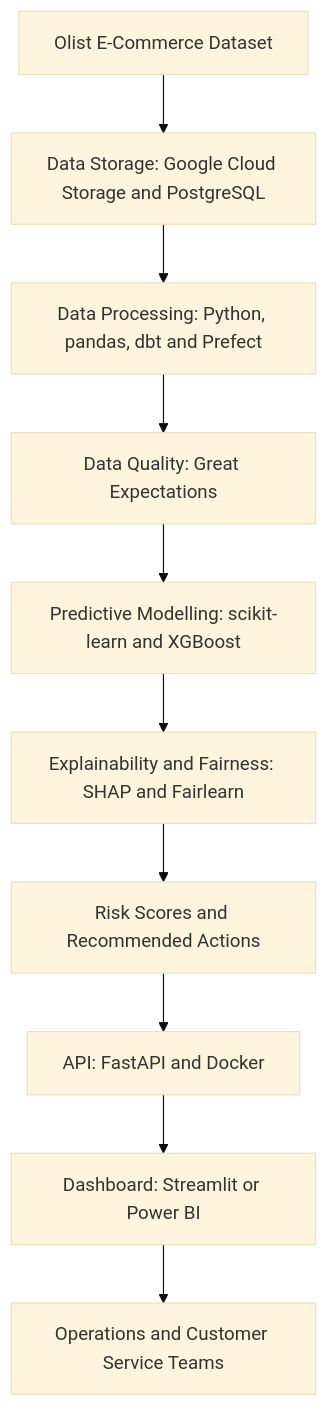
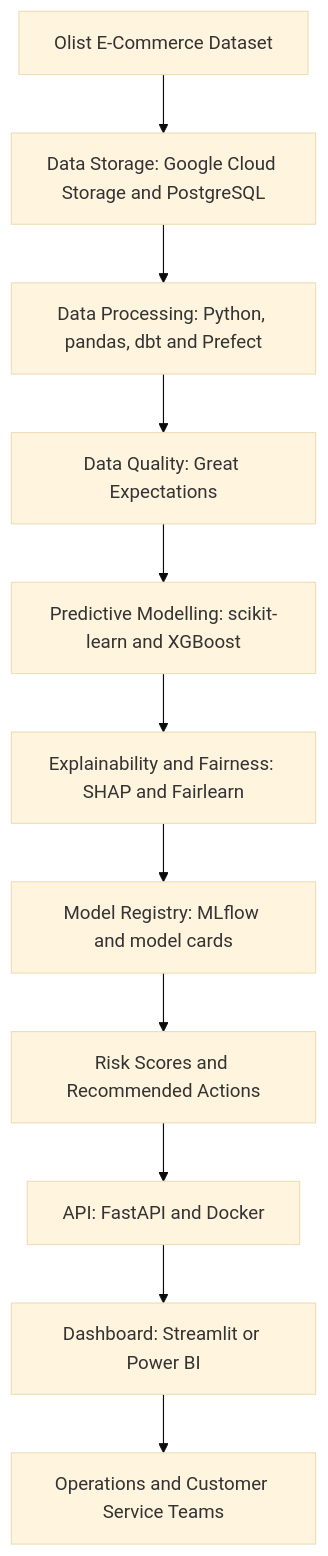
One commit to gaintawo/delivery-risk-intelligence changed the diagram in docs/technical_architecture.md. Above: the diagram before and after it, drawn with Mermaid (base theme). The commit also changed other lines of this file and 24 other files, not shown here.

````diff
--- a/docs/technical_architecture.md
+++ b/docs/technical_architecture.md
@@ -13,23 +13,25 @@
 ```mermaid
 flowchart TD
     A["Olist E-Commerce Dataset"]
     B["Data Storage: Google Cloud Storage and PostgreSQL"]
     C["Data Processing: Python, pandas, dbt and Prefect"]
     D["Data Quality: Great Expectations"]
     E["Predictive Modelling: scikit-learn and XGBoost"]
     F["Explainability and Fairness: SHAP and Fairlearn"]
+    M["Model Registry: MLflow and model cards"]
     G["Risk Scores and Recommended Actions"]
     H["API: FastAPI and Docker"]
     I["Dashboard: Streamlit or Power BI"]
     J["Operations and Customer Service Teams"]
 
     A --> B
     B --> C
     C --> D
     D --> E
     E --> F
-    F --> G
+    F --> M
+    M --> G
     G --> H
     H --> I
     I --> J
 ```
````
